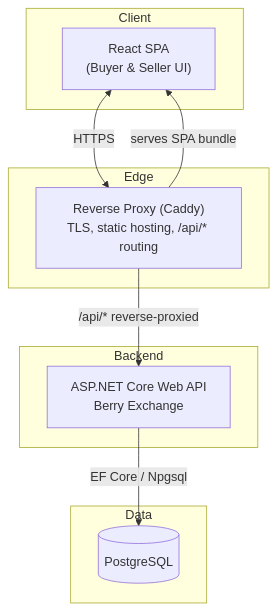
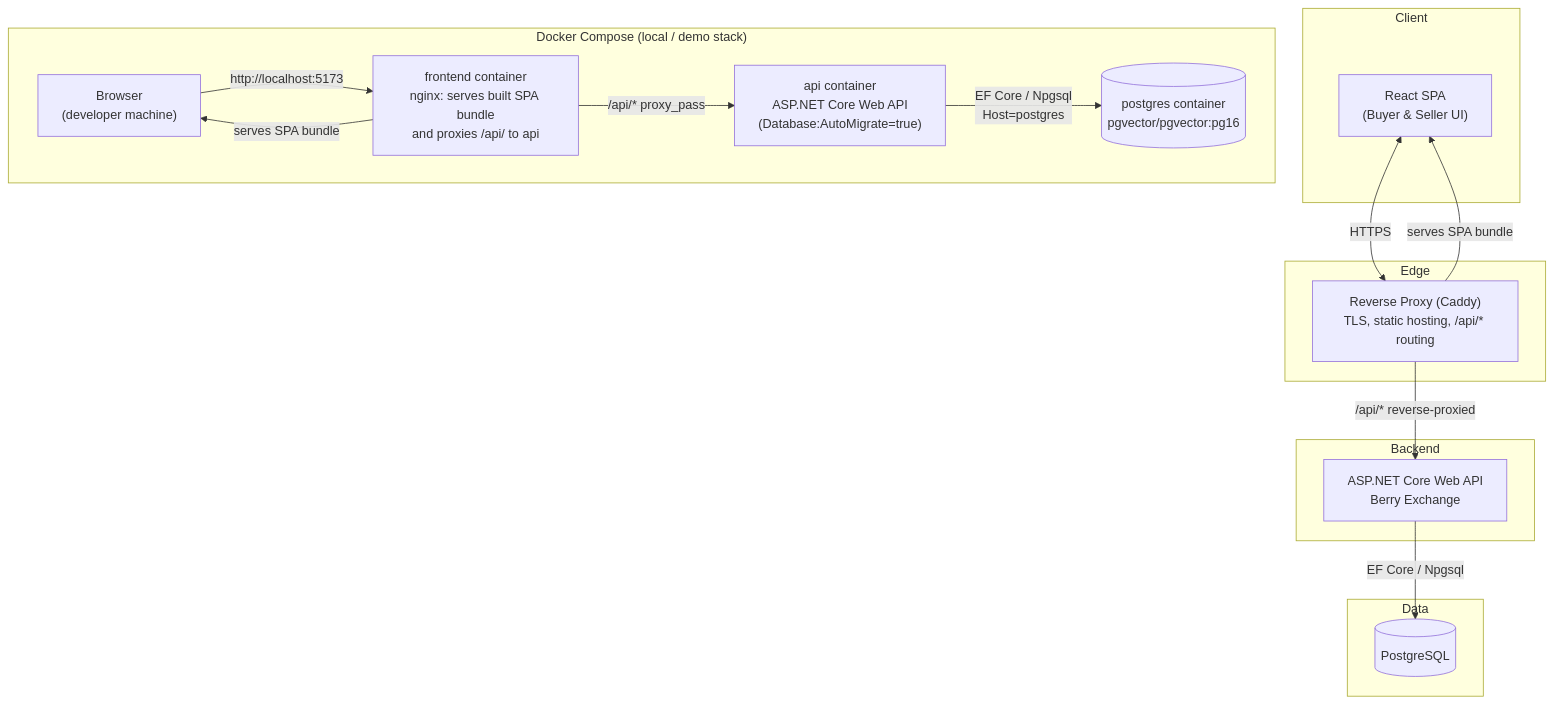
The diagram in docs/architecture/container.mmd (Nazarii-Mandiak/BerryMarketplace), drawn with Mermaid before and after one commit. The commit also changed 8 other files, not shown here.

Commit message:
Containerize API and frontend with docker-compose (ADR-0008)

```diff
--- a/docs/architecture/container.mmd
+++ b/docs/architecture/container.mmd
@@ -1,19 +1,32 @@
 %% Berry Exchange — C4 Level 2: Containers
 graph TB
     subgraph Client
         Browser["React SPA<br/>(Buyer & Seller UI)"]
     end
     subgraph Edge
         Proxy["Reverse Proxy (Caddy)<br/>TLS, static hosting, /api/* routing"]
     end
     subgraph Backend
         API["ASP.NET Core Web API<br/>Berry Exchange"]
     end
     subgraph Data
         DB[("PostgreSQL")]
     end
 
     Browser <-->|HTTPS| Proxy
     Proxy -->|serves SPA bundle| Browser
     Proxy -->|"/api/* reverse-proxied"| API
     API -->|"EF Core / Npgsql"| DB
+
+    %% --- Local / demo topology (ADR-0008): docker-compose, no separate edge proxy ---
+    subgraph "Docker Compose (local / demo stack)"
+        ComposeBrowser["Browser<br/>(developer machine)"]
+        FrontendContainer["frontend container<br/>nginx: serves built SPA bundle<br/>and proxies /api/ to api"]
+        ApiContainer["api container<br/>ASP.NET Core Web API<br/>(Database:AutoMigrate=true)"]
+        PostgresContainer[("postgres container<br/>pgvector/pgvector:pg16")]
+    end
+
+    ComposeBrowser -->|"http://localhost:5173"| FrontendContainer
+    FrontendContainer -->|serves SPA bundle| ComposeBrowser
+    FrontendContainer -->|"/api/* proxy_pass"| ApiContainer
+    ApiContainer -->|"EF Core / Npgsql<br/>Host=postgres"| PostgresContainer
```
